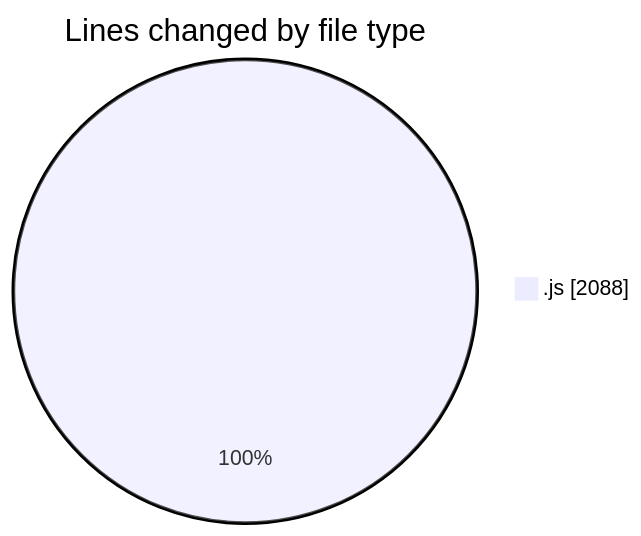
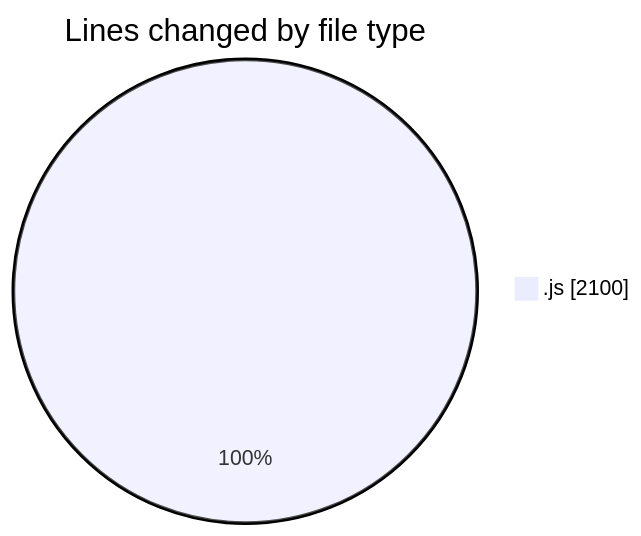
One commit to nxtqubesakshisongat/code-tracking changed the first of 2 diagrams in 2025-09-08/cashcalculator/README.md. Above: the diagram before and after it, drawn with Mermaid. The commit also changed other lines of this file and 1 other file, not shown here.

````diff
--- a/2025-09-08/cashcalculator/README.md
+++ b/2025-09-08/cashcalculator/README.md
@@ -20,5 +20,5 @@
 ```mermaid
 pie showData
 title Lines changed by file type
-".js" : 2088
+".js" : 2100
 ```
````
